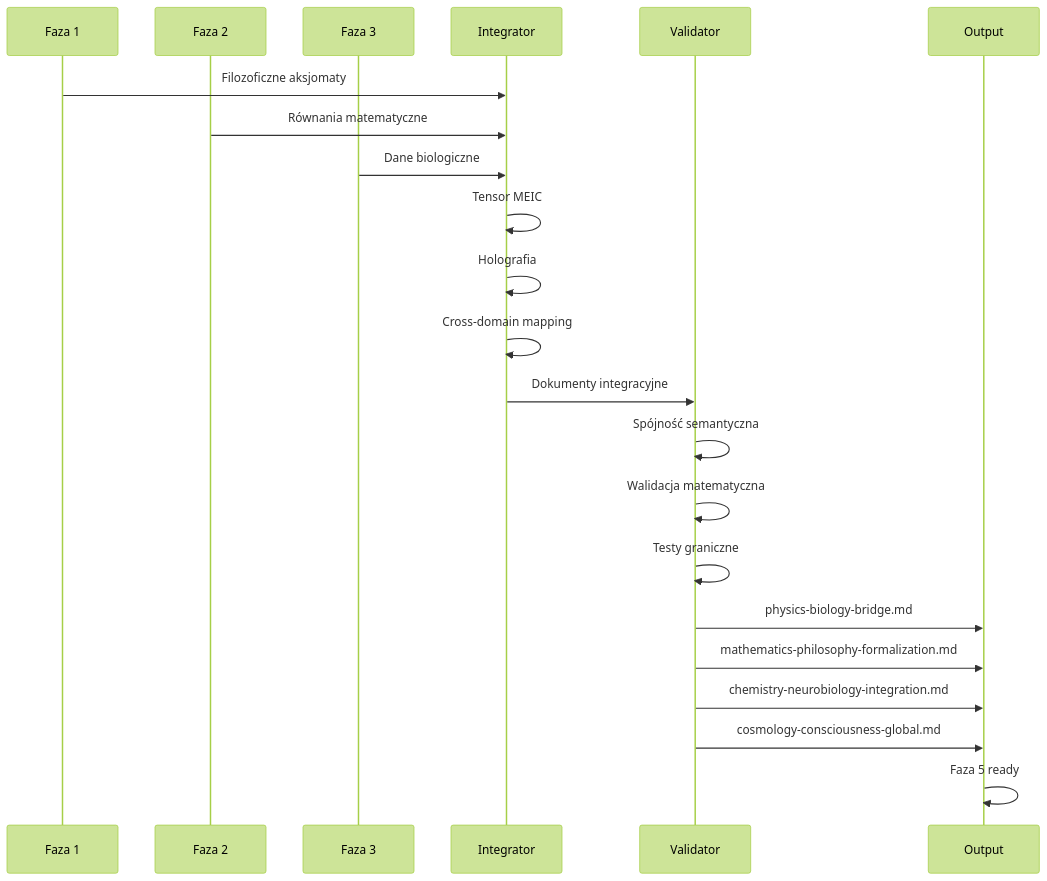
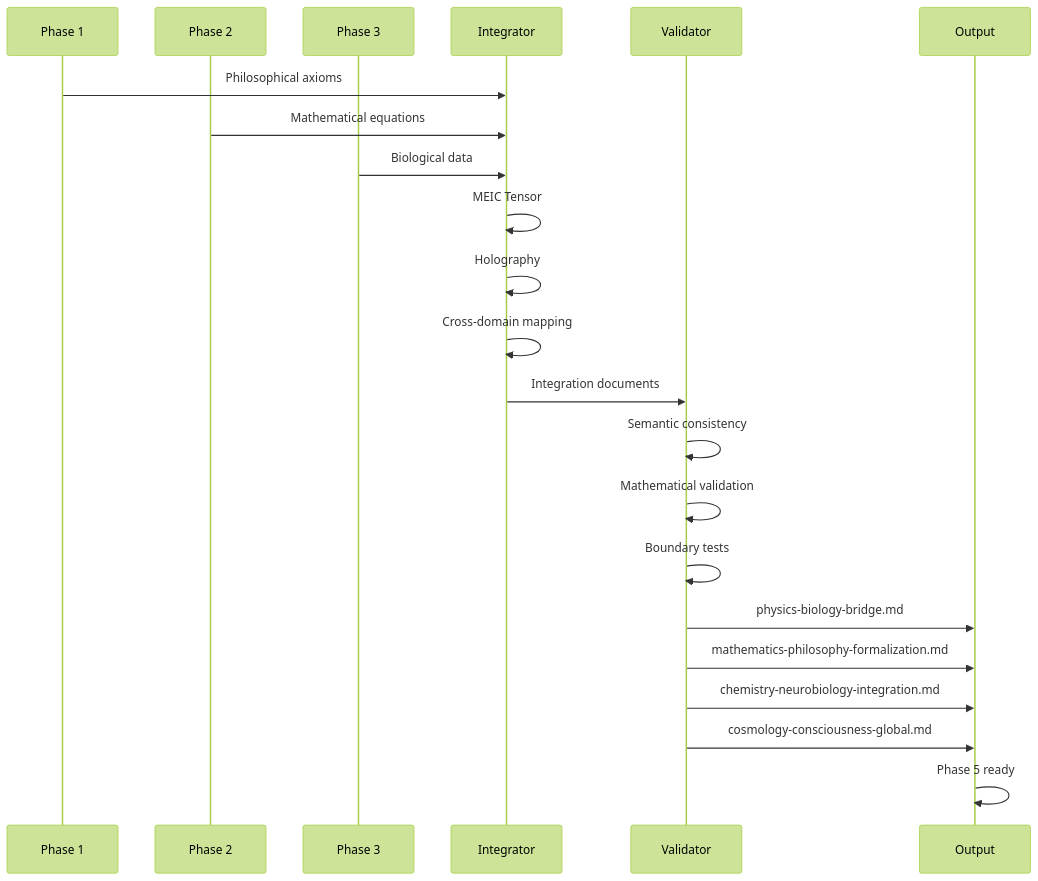
Before and after one commit to piopio314/THEORY-OF-CONSCIOUS-INFORMATIONAL-DETERMINATION: the fifth of 8 diagrams in theory/phase-4-interdisciplinary-integration/DIAGRAMS.md, drawn with Mermaid (forest theme). The commit also changed other lines of this file and 23 other files, not shown here.

````diff
--- a/theory/phase-4-interdisciplinary-integration/DIAGRAMS.md
+++ b/theory/phase-4-interdisciplinary-integration/DIAGRAMS.md
@@ -159,29 +159,29 @@
 ```mermaid
 sequenceDiagram
-    participant F1 as Faza 1
-    participant F2 as Faza 2
-    participant F3 as Faza 3
+    participant F1 as Phase 1
+    participant F2 as Phase 2
+    participant F3 as Phase 3
     participant INT as Integrator
     participant VAL as Validator
     participant OUT as Output
     
-    F1->>INT: Filozoficzne aksjomaty
-    F2->>INT: Równania matematyczne
-    F3->>INT: Dane biologiczne
+    F1->>INT: Philosophical axioms
+    F2->>INT: Mathematical equations
+    F3->>INT: Biological data
     
-    INT->>INT: Tensor MEIC
-    INT->>INT: Holografia
+    INT->>INT: MEIC Tensor
+    INT->>INT: Holography
     INT->>INT: Cross-domain mapping
     
-    INT->>VAL: Dokumenty integracyjne
-    VAL->>VAL: Spójność semantyczna
-    VAL->>VAL: Walidacja matematyczna
-    VAL->>VAL: Testy graniczne
+    INT->>VAL: Integration documents
+    VAL->>VAL: Semantic consistency
+    VAL->>VAL: Mathematical validation
+    VAL->>VAL: Boundary tests
     
     VAL->>OUT: physics-biology-bridge.md
     VAL->>OUT: mathematics-philosophy-formalization.md
     VAL->>OUT: chemistry-neurobiology-integration.md
     VAL->>OUT: cosmology-consciousness-global.md
     
-    OUT->>OUT: Faza 5 ready
+    OUT->>OUT: Phase 5 ready
 ```
````
